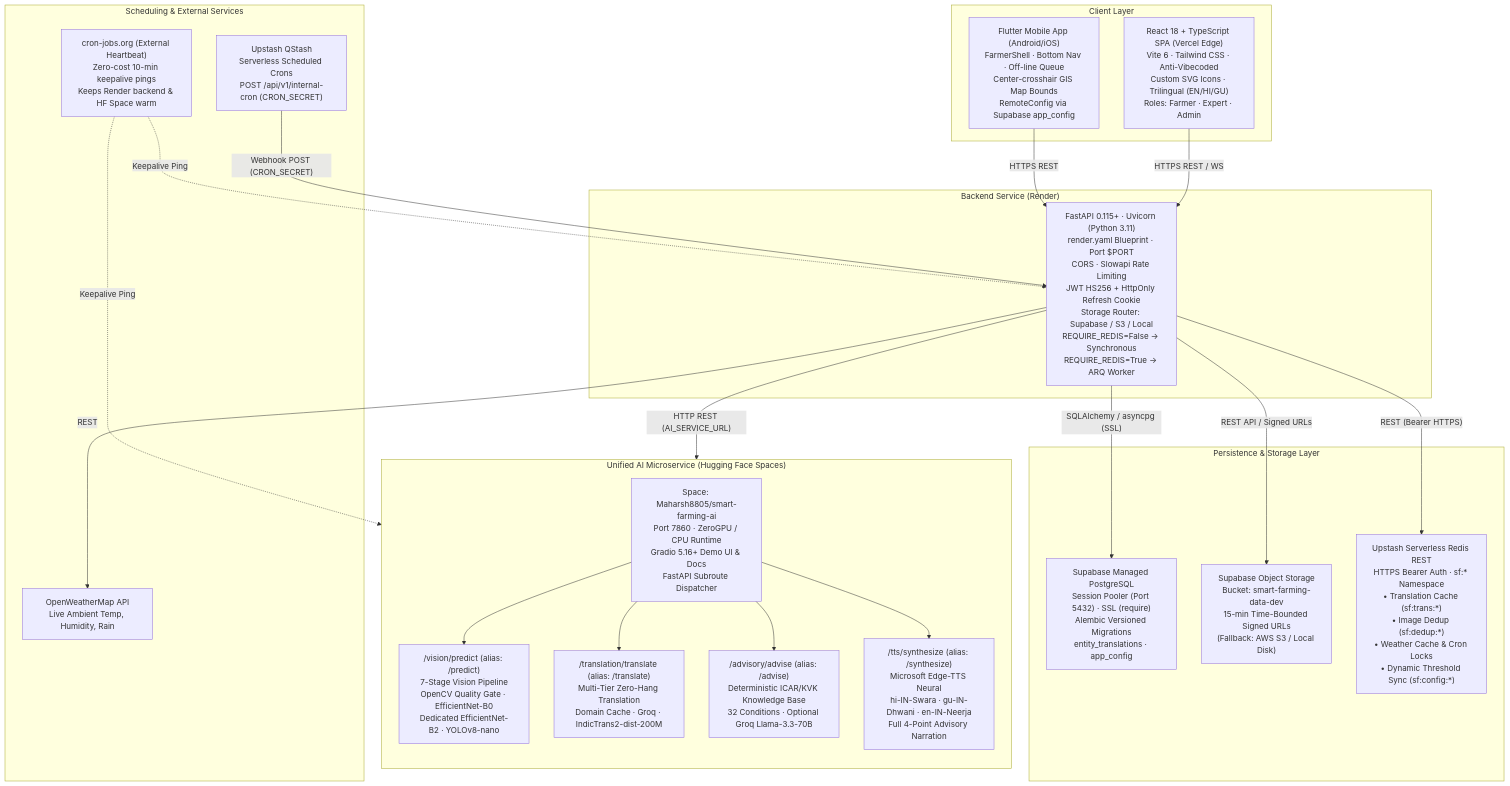
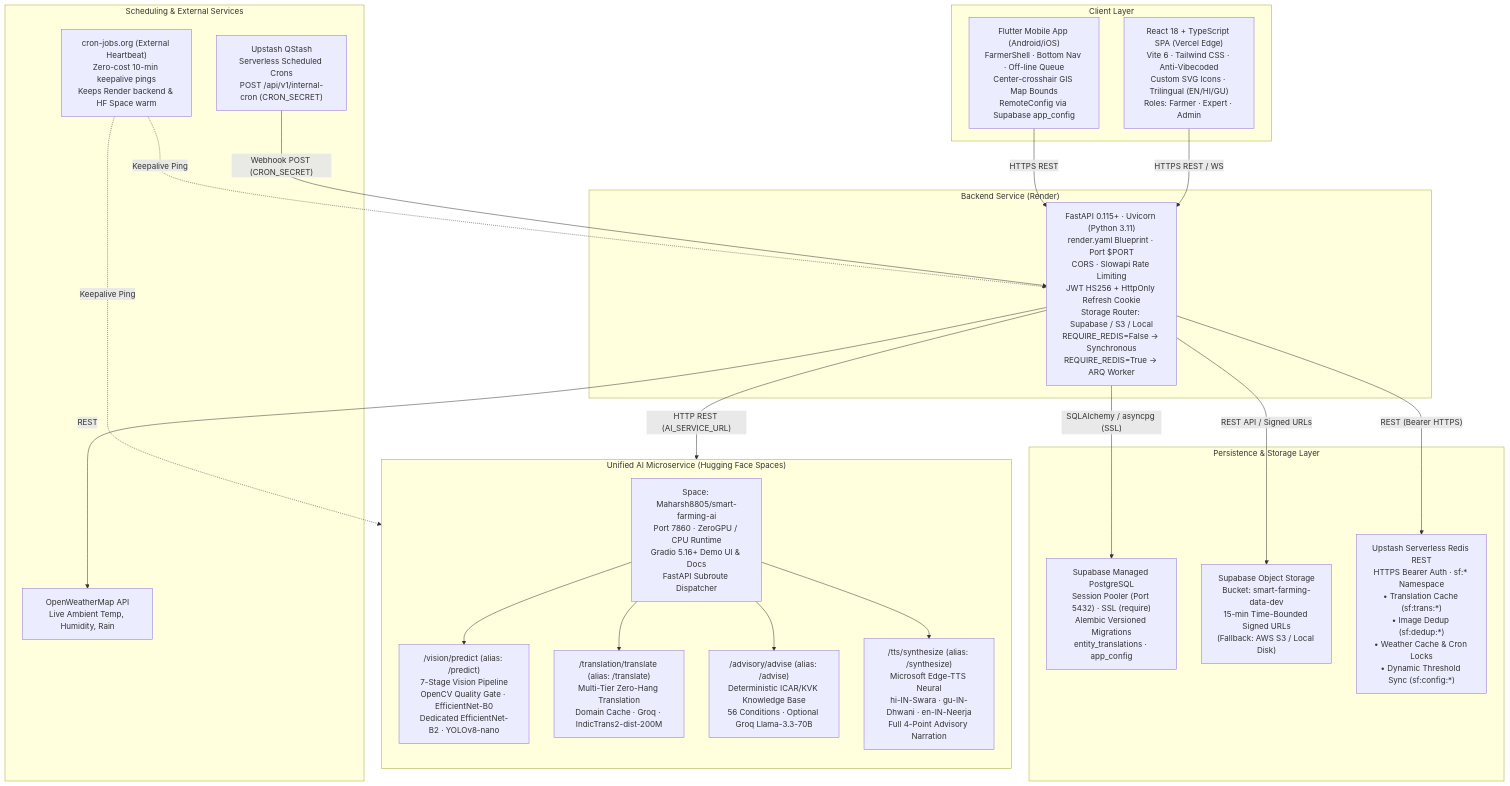
Before and after one commit to manthan2876/Smart-Farming: the first of 7 diagrams in Docs/Architecture.md, drawn with Mermaid. The commit also changed other lines of this file and 8 other files, not shown here.

Commit message:
feat(advisory): support v2.0.0 agronomic knowledge base with 56 conditions and multilingual synthesis

````diff
--- a/Docs/Architecture.md
+++ b/Docs/Architecture.md
@@ -54,49 +54,49 @@
 ```mermaid
 flowchart TD
     subgraph CLIENTS["Client Layer"]
         SPA["React 18 + TypeScript SPA (Vercel Edge)\nVite 6 · Tailwind CSS · Anti-Vibecoded\nCustom SVG Icons · Trilingual (EN/HI/GU)\nRoles: Farmer · Expert · Admin"]
         MOB["Flutter Mobile App (Android/iOS)\nFarmerShell · Bottom Nav · Off-line Queue\nCenter-crosshair GIS Map Bounds\nRemoteConfig via Supabase app_config"]
     end
 
     subgraph BACKEND_HOST["Backend Service (Render)"]
         API["FastAPI 0.115+ · Uvicorn (Python 3.11)\nrender.yaml Blueprint · Port $PORT\nCORS · Slowapi Rate Limiting\nJWT HS256 + HttpOnly Refresh Cookie\nStorage Router: Supabase / S3 / Local\nREQUIRE_REDIS=False → Synchronous\nREQUIRE_REDIS=True → ARQ Worker"]
     end
 
     subgraph AI_MICROSERVICE["Unified AI Microservice (Hugging Face Spaces)"]
         direction TB
         HF_SPACE["Space: Maharsh8805/smart-farming-ai\nPort 7860 · ZeroGPU / CPU Runtime\nGradio 5.16+ Demo UI & Docs\nFastAPI Subroute Dispatcher"]
         
         VISION["/vision/predict (alias: /predict)\n7-Stage Vision Pipeline\nOpenCV Quality Gate · EfficientNet-B0\nDedicated EfficientNet-B2 · YOLOv8-nano"]
         TRANS["/translation/translate (alias: /translate)\nMulti-Tier Zero-Hang Translation\nDomain Cache · Groq · IndicTrans2-dist-200M"]
-        ADV["/advisory/advise (alias: /advise)\nDeterministic ICAR/KVK Knowledge Base\n32 Conditions · Optional Groq Llama-3.3-70B"]
+        ADV["/advisory/advise (alias: /advise)\nDeterministic ICAR/KVK Knowledge Base\n56 Conditions · Optional Groq Llama-3.3-70B"]
         TTS["/tts/synthesize (alias: /synthesize)\nMicrosoft Edge-TTS Neural\nhi-IN-Swara · gu-IN-Dhwani · en-IN-Neerja\nFull 4-Point Advisory Narration"]
 
         HF_SPACE --> VISION
         HF_SPACE --> TRANS
         HF_SPACE --> ADV
         HF_SPACE --> TTS
     end
 
     subgraph PERSISTENCE["Persistence & Storage Layer"]
         DB["Supabase Managed PostgreSQL\nSession Pooler (Port 5432) · SSL (require)\nAlembic Versioned Migrations\nentity_translations · app_config"]
         OBJ["Supabase Object Storage\nBucket: smart-farming-data-dev\n15-min Time-Bounded Signed URLs\n(Fallback: AWS S3 / Local Disk)"]
         UPSTASH["Upstash Serverless Redis REST\nHTTPS Bearer Auth · sf:* Namespace\n• Translation Cache (sf:trans:*)\n• Image Dedup (sf:dedup:*)\n• Weather Cache & Cron Locks\n• Dynamic Threshold Sync (sf:config:*)"]
     end
 
     subgraph SCHEDULING["Scheduling & External Services"]
         CRON["cron-jobs.org (External Heartbeat)\nZero-cost 10-min keepalive pings\nKeeps Render backend & HF Space warm"]
         QSTASH["Upstash QStash\nServerless Scheduled Crons\nPOST /api/v1/internal-cron (CRON_SECRET)"]
         OWM["OpenWeatherMap API\nLive Ambient Temp, Humidity, Rain"]
     end
 
     SPA -- "HTTPS REST / WS" --> API
     MOB -- "HTTPS REST" --> API
     API -- "HTTP REST (AI_SERVICE_URL)" --> HF_SPACE
     API -- "REST API / Signed URLs" --> OBJ
     API -- "SQLAlchemy / asyncpg (SSL)" --> DB
     API -- "REST (Bearer HTTPS)" --> UPSTASH
     API -- "REST" --> OWM
     QSTASH -- "Webhook POST (CRON_SECRET)" --> API
     CRON -. "Keepalive Ping" .-> API
     CRON -. "Keepalive Ping" .-> HF_SPACE
 ```
````
